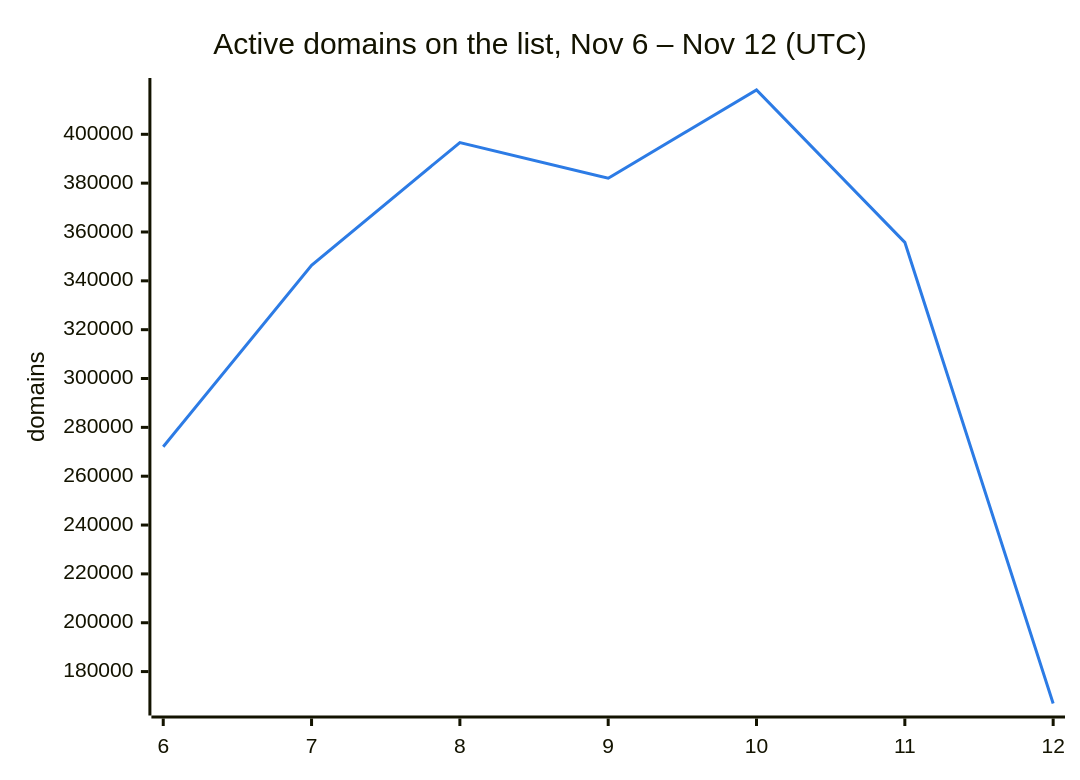
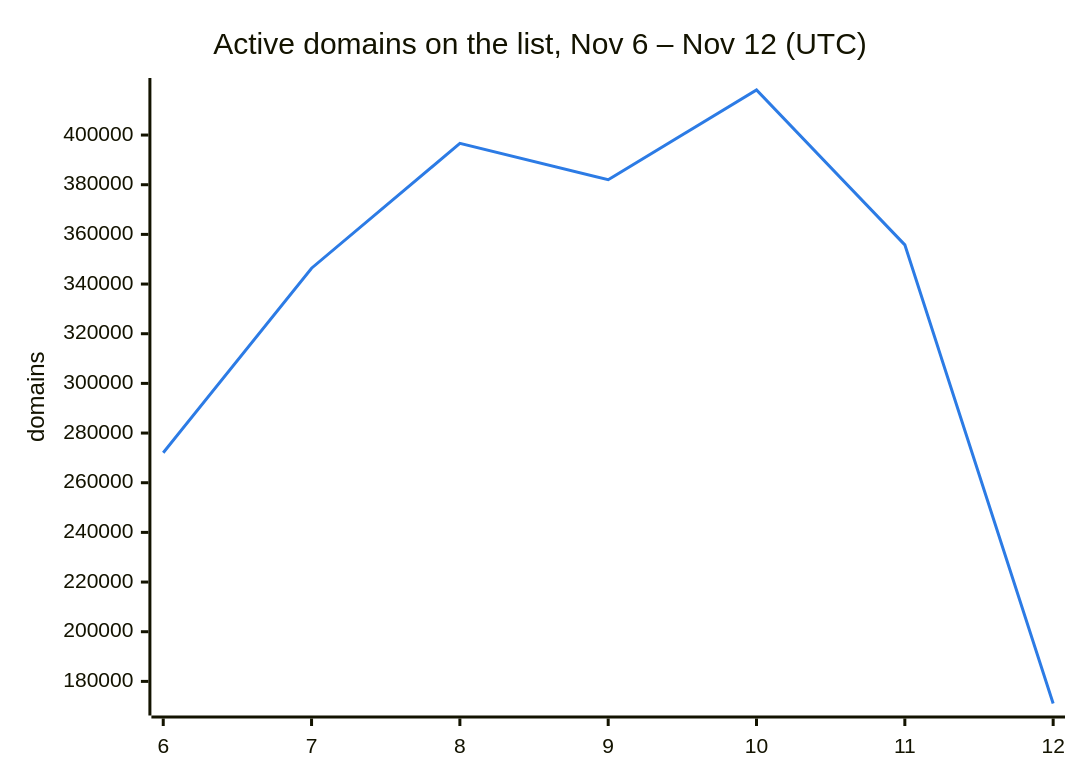
The second of 3 diagrams in README.md (DNSBunker/CTI), drawn with Mermaid before and after one commit. The commit also changed other lines of this file and 4 other files, not shown here.

````diff
--- a/README.md
+++ b/README.md
@@ -38,8 +38,8 @@
 ```mermaid
 %%{init: {"themeVariables": {"xyChart": {"plotColorPalette": "#2c7be5"}}}}%%
 xychart-beta
     title "Active domains on the list, Nov 6 – Nov 12 (UTC)"
     x-axis ["6", "7", "8", "9", "10", "11", "12"]
     y-axis "domains"
-    line [272088, 346388, 396638, 382009, 418143, 355765, 166929]
+    line [272088, 346388, 396638, 382009, 418143, 355765, 171096]
 ```
````
